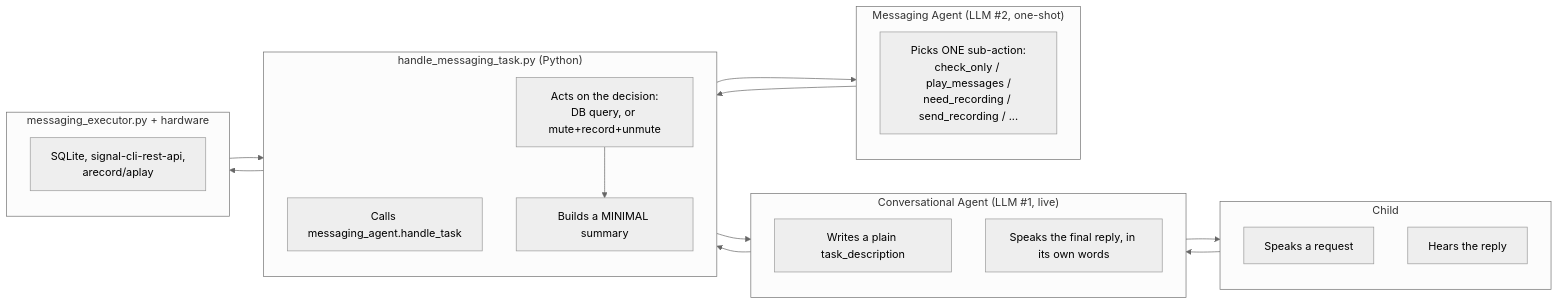
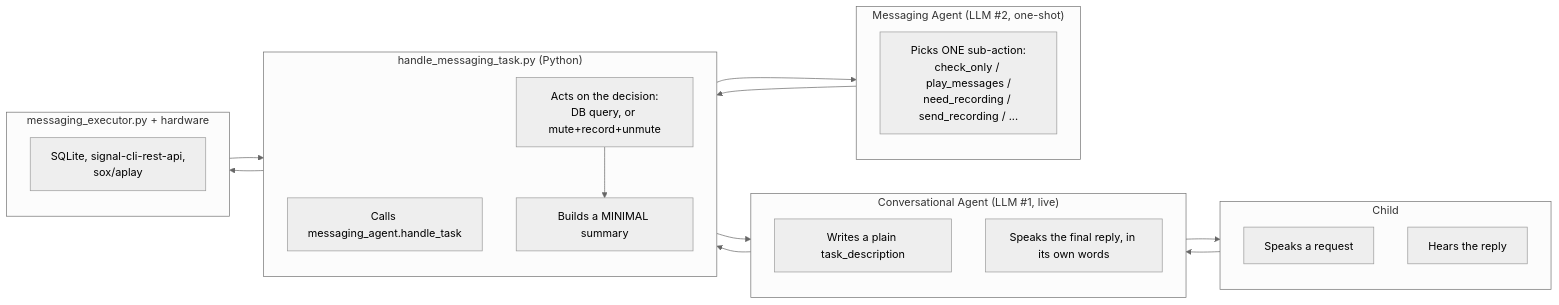
One commit to betiana688/lola-bla changed the third of 4 diagrams in docs/architecture/overview.md. Above: the diagram before and after it, drawn with Mermaid (neutral theme). The commit also changed other lines of this file and 9 other files, not shown here.

Commit message:
Docs: index, as-built notes on the state diagrams, sox in the overview, Signal API findings, Story 4 status (provider policies unchecked), backlog

````diff
--- a/docs/architecture/overview.md
+++ b/docs/architecture/overview.md
@@ -80,36 +80,36 @@
 ```mermaid
 flowchart LR
     subgraph L1["Child"]
       direction TB
       a1[Speaks a request]
       a2[Hears the reply]
     end
     subgraph L2["Conversational Agent (LLM #1, live)"]
       direction TB
       b1[Writes a plain task_description]
       b2[Speaks the final reply, in its own words]
     end
     subgraph L3["handle_messaging_task.py (Python)"]
       direction TB
       c1[Calls messaging_agent.handle_task]
       c2[Acts on the decision:<br/>DB query, or mute+record+unmute]
       c3[Builds a MINIMAL summary]
     end
     subgraph L4["Messaging Agent (LLM #2, one-shot)"]
       direction TB
       d1[Picks ONE sub-action:<br/>check_only / play_messages /<br/>need_recording / send_recording / ...]
     end
     subgraph L5["messaging_executor.py + hardware"]
       direction TB
-      e1[SQLite, signal-cli-rest-api,<br/>arecord/aplay]
+      e1[SQLite, signal-cli-rest-api,<br/>sox/aplay]
     end
     a1 --> b1
     b1 --> c1
     c1 --> d1
     d1 --> c2
     c2 --> e1
     e1 --> c2
     c2 --> c3
     c3 --> b2
     b2 --> a2
 ```
````
